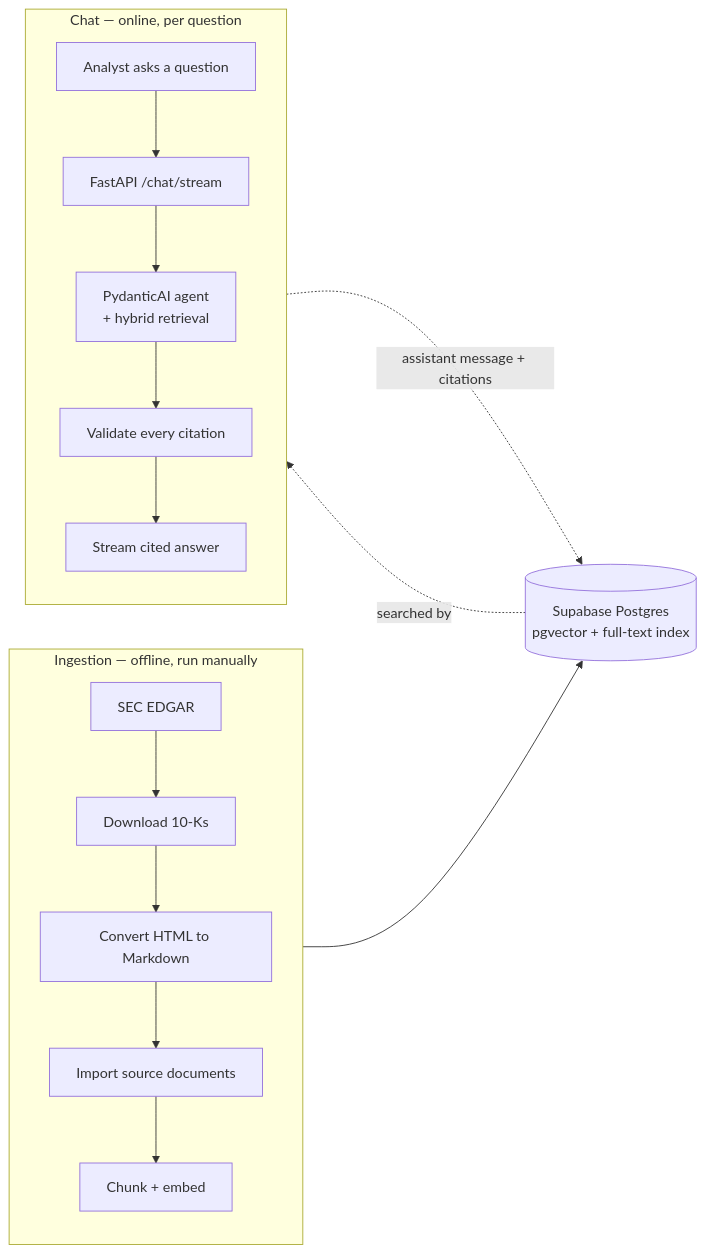
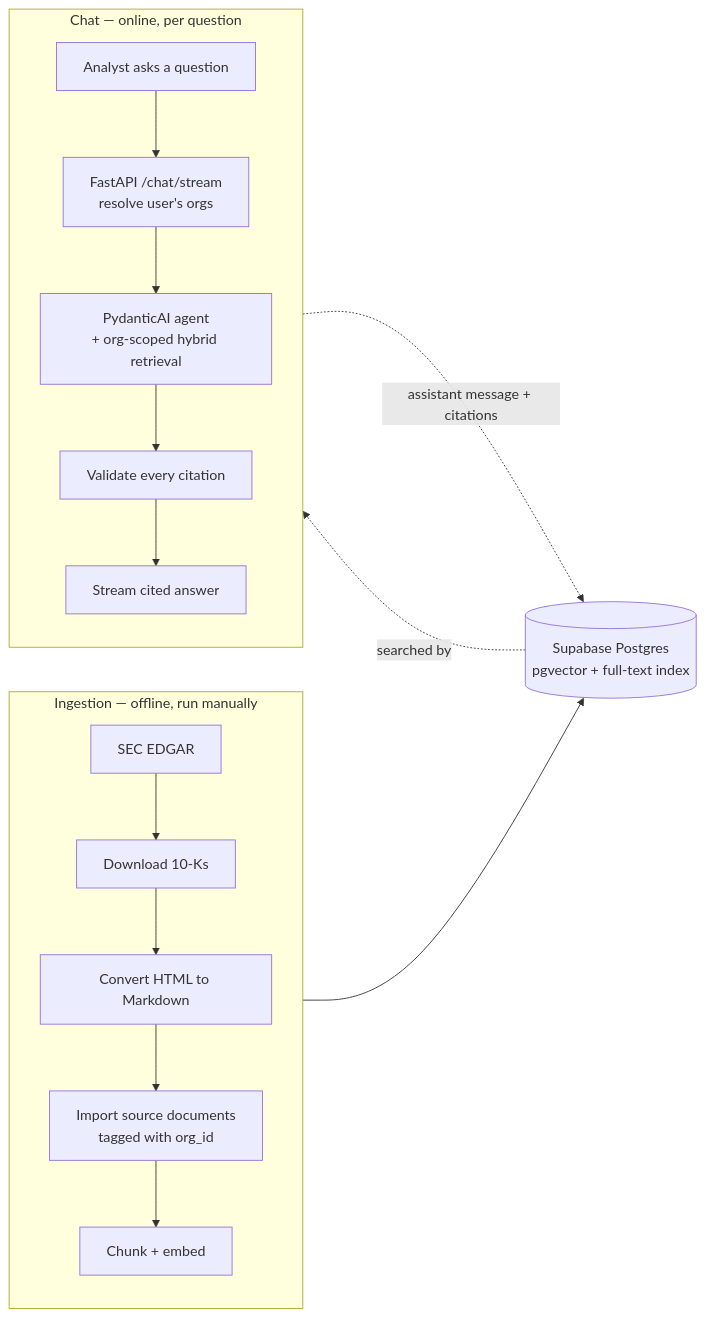
One commit to capybabruh/Agentic-RAG-system-for-querying-SEC-filings changed the first of 3 diagrams in README.md. Above: the diagram before and after it, drawn with Mermaid. The commit also changed other lines of this file and 5 other files, not shown here.

````diff
--- a/README.md
+++ b/README.md
@@ -37,23 +38,23 @@
 ```mermaid
 flowchart LR
     subgraph Ingestion["Ingestion — offline, run manually"]
         direction TB
         A1[SEC EDGAR] --> A2[Download 10-Ks]
         A2 --> A3[Convert HTML to Markdown]
-        A3 --> A4[Import source documents]
+        A3 --> A4[Import source documents<br/>tagged with org_id]
         A4 --> A5[Chunk + embed]
     end
 
     A5 --> DB[("Supabase Postgres<br/>pgvector + full-text index")]
 
     subgraph Chat["Chat — online, per question"]
         direction TB
-        B1[Analyst asks a question] --> B2[FastAPI /chat/stream]
-        B2 --> B3[PydanticAI agent<br/>+ hybrid retrieval]
+        B1[Analyst asks a question] --> B2[FastAPI /chat/stream<br/>resolve user's orgs]
+        B2 --> B3[PydanticAI agent<br/>+ org-scoped hybrid retrieval]
         B3 --> B4[Validate every citation]
         B4 --> B5[Stream cited answer]
     end
 
     DB -.->|searched by| B3
     B4 -.->|assistant message + citations| DB
 ```
````
